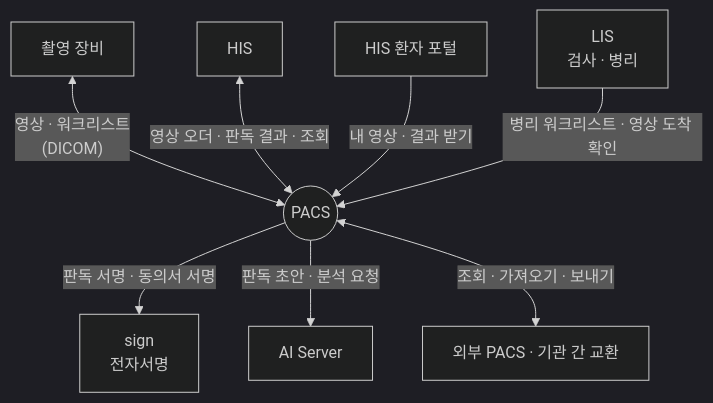
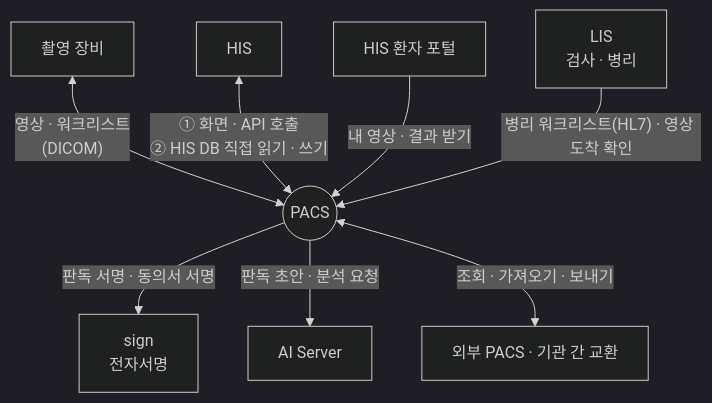
Before and after one commit to seanshin/werub-his-ecosystem: the second of 2 diagrams in projects/pacs.md, drawn with Mermaid (dark theme). The commit also changed other lines of this file and 15 other files, not shown here.

````diff
--- a/projects/pacs.md
+++ b/projects/pacs.md
@@ -147,11 +150,11 @@
 ```mermaid
 flowchart TB
   PACS(("PACS"))
   MOD["촬영 장비"] <-->|"영상 · 워크리스트<br/>(DICOM)"| PACS
-  HIS["HIS"] <-->|"영상 오더 · 판독 결과 · 조회"| PACS
+  HIS["HIS"] <-->|"① 화면 · API 호출<br/>② HIS DB 직접 읽기 · 쓰기"| PACS
   PORTAL["HIS 환자 포털"] -->|"내 영상 · 결과 받기"| PACS
-  LIS["LIS<br/>검사 · 병리"] -->|"병리 워크리스트 · 영상 도착 확인"| PACS
+  LIS["LIS<br/>검사 · 병리"] -->|"병리 워크리스트(HL7) · 영상 도착 확인"| PACS
   PACS -->|"판독 서명 · 동의서 서명"| SIGN["sign<br/>전자서명"]
   PACS -->|"판독 초안 · 분석 요청"| AI["AI Server"]
   PACS <-->|"조회 · 가져오기 · 보내기"| EXT["외부 PACS · 기관 간 교환"]
 ```
````
